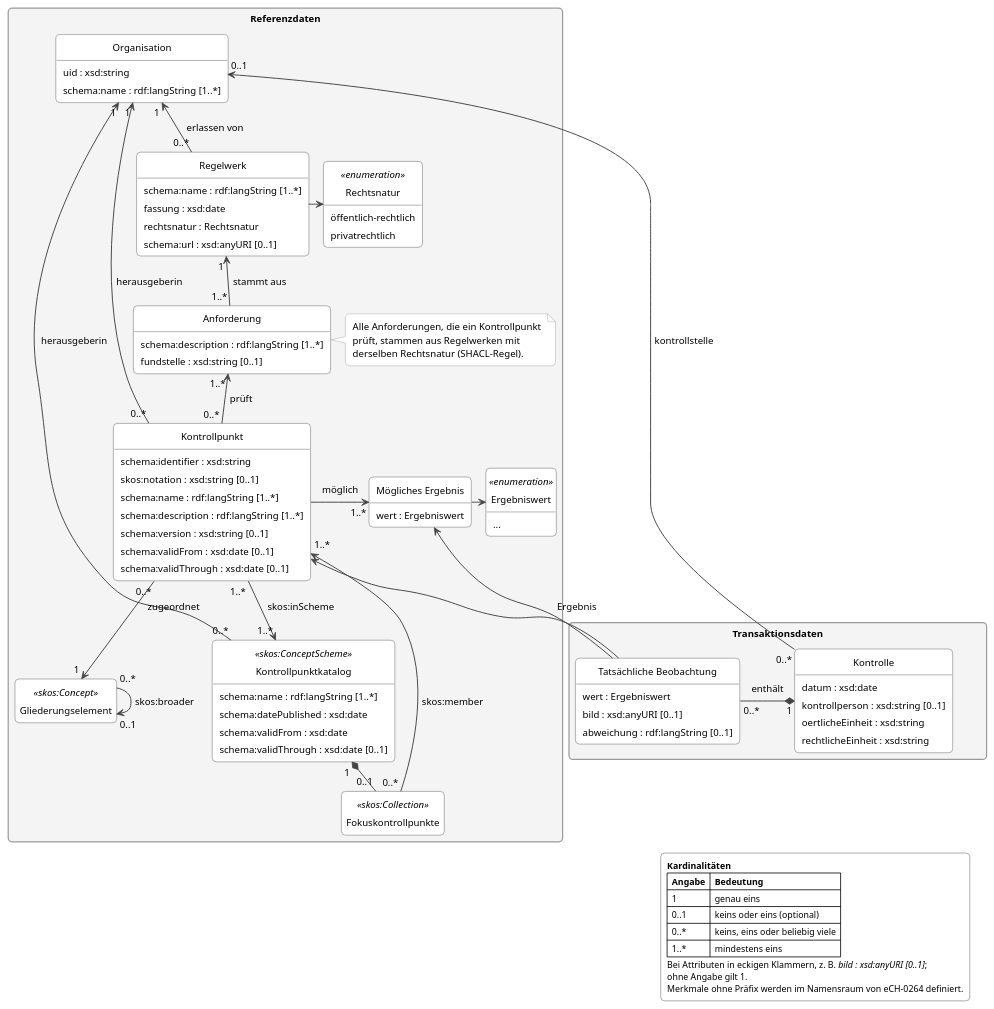
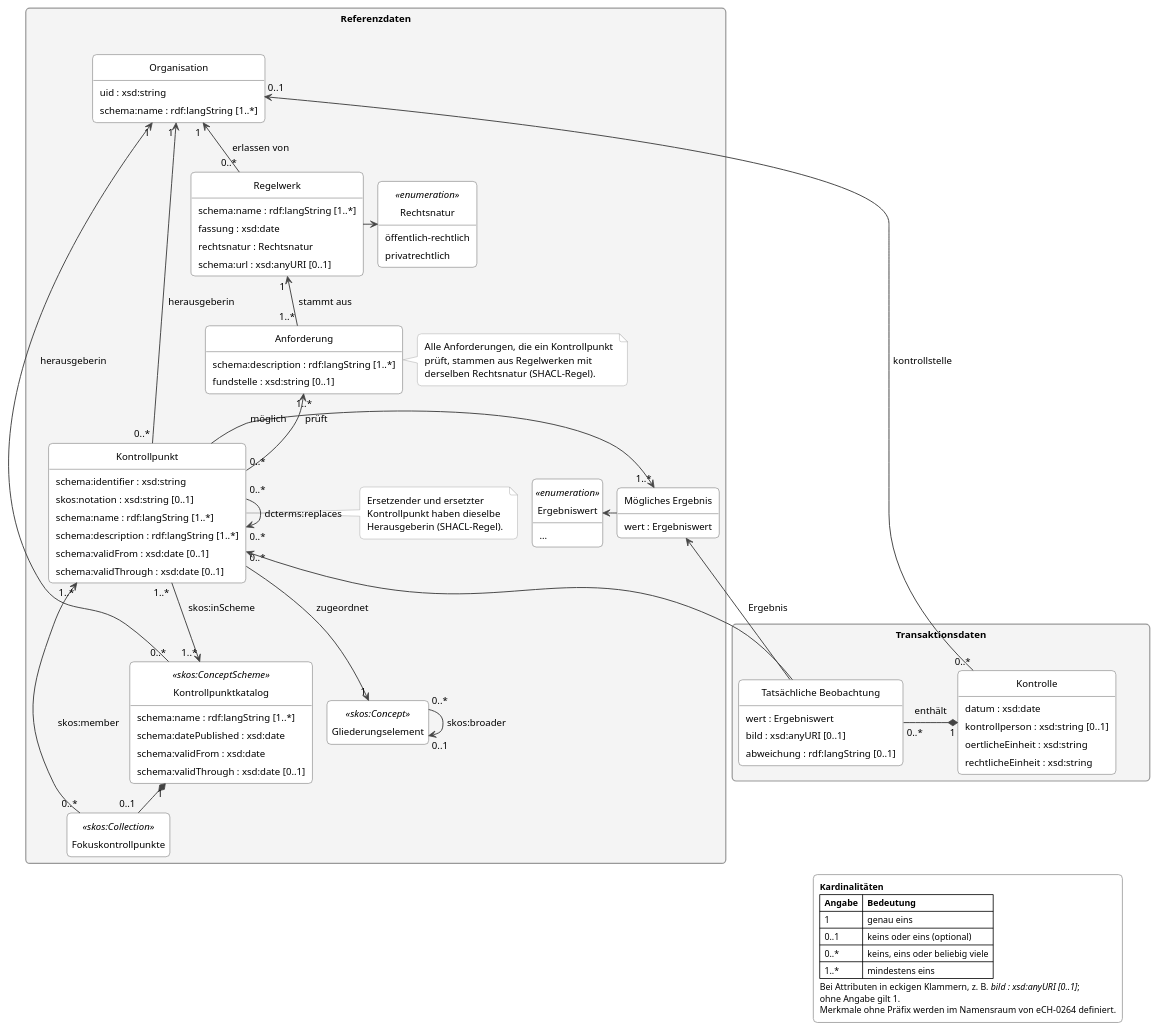
One commit to Persilian/eCH-0264 changed the diagram in docs/de/assets/puml/logical_model.puml. Above: the diagram before and after it, drawn with PlantUML. The commit also changed 3 other files, not shown here.

```diff
--- a/docs/de/assets/puml/logical_model.puml
+++ b/docs/de/assets/puml/logical_model.puml
@@ -4,128 +4,135 @@
 @startuml
 !pragma layout smetana
 skinparam shadowing false
 skinparam roundCorner 10
 skinparam packageStyle rectangle
 skinparam defaultFontSize 12
 skinparam Padding 3
 skinparam ArrowColor #444444
 skinparam ArrowThickness 1.2
 skinparam classBorderColor #444444
 skinparam classBackgroundColor #FFFFFF
 skinparam packageBorderColor #999999
 skinparam packageBackgroundColor #F4F4F4
 skinparam noteBorderColor #999999
 skinparam noteBackgroundColor #FFFFFF
 skinparam classAttributeIconSize 0
 skinparam legendBorderColor #999999
 skinparam legendBackgroundColor #FFFFFF
 skinparam legendFontSize 11
 hide circle
 hide empty members
 
 package "Referenzdaten" as REF {
   class "Organisation" as ORG {
     uid : xsd:string
     schema:name : rdf:langString [1..*]
   }
   class "Regelwerk" as RW {
     schema:name : rdf:langString [1..*]
     fassung : xsd:date
     rechtsnatur : Rechtsnatur
     schema:url : xsd:anyURI [0..1]
   }
   enum "Rechtsnatur" as RN <<enumeration>> {
     öffentlich-rechtlich
     privatrechtlich
   }
   class "Anforderung" as ANF {
     schema:description : rdf:langString [1..*]
     fundstelle : xsd:string [0..1]
   }
   class "Kontrollpunktkatalog" as KAT <<skos:ConceptScheme>> {
     schema:name : rdf:langString [1..*]
     schema:datePublished : xsd:date
     schema:validFrom : xsd:date
     schema:validThrough : xsd:date [0..1]
   }
   class "Fokuskontrollpunkte" as FKP <<skos:Collection>>
   class "Gliederungselement" as KZ <<skos:Concept>>
   class "Kontrollpunkt" as KP {
     schema:identifier : xsd:string
     skos:notation : xsd:string [0..1]
     schema:name : rdf:langString [1..*]
     schema:description : rdf:langString [1..*]
-    schema:version : xsd:string [0..1]
     schema:validFrom : xsd:date [0..1]
     schema:validThrough : xsd:date [0..1]
   }
   class "Mögliches Ergebnis" as ERG {
     wert : Ergebniswert
   }
   enum "Ergebniswert" as ERGW <<enumeration>> {
     ...
   }
 
   ' Herkunft: Organisation erlässt Regelwerk, Regelwerk enthält Anforderungen
   RW "0..*" -up-> "1" ORG : erlassen von
   RW -right-> RN
   ANF "1..*" -up-> "1" RW : stammt aus
 
   ' Kontrollpunkt prüft Anforderungen und wird von einer Organisation herausgegeben
   KP "0..*" -up-> "1..*" ANF : prüft
   KP "0..*" -up-> "1" ORG : herausgeberin
 
   ' Jährliche Ausgabe: Katalog mit gültigen Kontrollpunkten und Auswahl der Fokuskontrollpunkte
   KAT "0..*" --> "1" ORG : herausgeberin
   KP "1..*" --> "1..*" KAT : skos:inScheme
   KAT "1" *-- "0..1" FKP
   FKP "0..*" --> "1..*" KP : skos:member
 
   ' Gliederung: Gliederungselemente sind über skos:broader beliebig tief verschachtelt
   ' (z. B. Kontrollbereich > Rubrik > Gruppe)
   KZ "0..*" --> "0..1" KZ : skos:broader
   KP "0..*" --> "1" KZ : zugeordnet
 
+  ' Ersetzung: ein neuer Kontrollpunkt ersetzt einen oder mehrere frühere Kontrollpunkte
+  KP "0..*" --> "0..*" KP : dcterms:replaces
+  note right of KP
+    Ersetzender und ersetzter
+    Kontrollpunkt haben dieselbe
+    Herausgeberin (SHACL-Regel).
+  end note
+
   note right of ANF
     Alle Anforderungen, die ein Kontrollpunkt
     prüft, stammen aus Regelwerken mit
     derselben Rechtsnatur (SHACL-Regel).
   end note
 
-  KP -right-> "1..*" ERG : möglich
-  ERG -right-> ERGW
+  KP -left-> "1..*" ERG : möglich
+  ERG -left-> ERGW
 }
 
 package "Transaktionsdaten" as TRX {
   ' Verweise auf Stammdaten über Identifikatoren
   class "Kontrolle" as KON {
     datum : xsd:date
     kontrollperson : xsd:string [0..1]
     oertlicheEinheit : xsd:string
     rechtlicheEinheit : xsd:string
   }
   class "Tatsächliche Beobachtung" as BEO {
     wert : Ergebniswert
     bild : xsd:anyURI [0..1]
     abweichung : rdf:langString [0..1]
   }
   KON "1" *-right- "0..*" BEO : enthält
 }
 
 BEO -up-> KP
 BEO -up-> ERG : Ergebnis
 KON "0..*" -up-> "0..1" ORG : kontrollstelle
 REF -[hidden]down- TRX
 
 legend bottom right
   <b>Kardinalitäten</b>
   |= Angabe |= Bedeutung |
   | 1 | genau eins |
   | 0..1 | keins oder eins (optional) |
   | 0..* | keins, eins oder beliebig viele |
   | 1..* | mindestens eins |
   Bei Attributen in eckigen Klammern, z. B. <i>bild : xsd:anyURI [0..1]</i>;
   ohne Angabe gilt 1.
   Merkmale ohne Präfix werden im Namensraum von eCH-0264 definiert.
 endlegend
 @enduml
```
